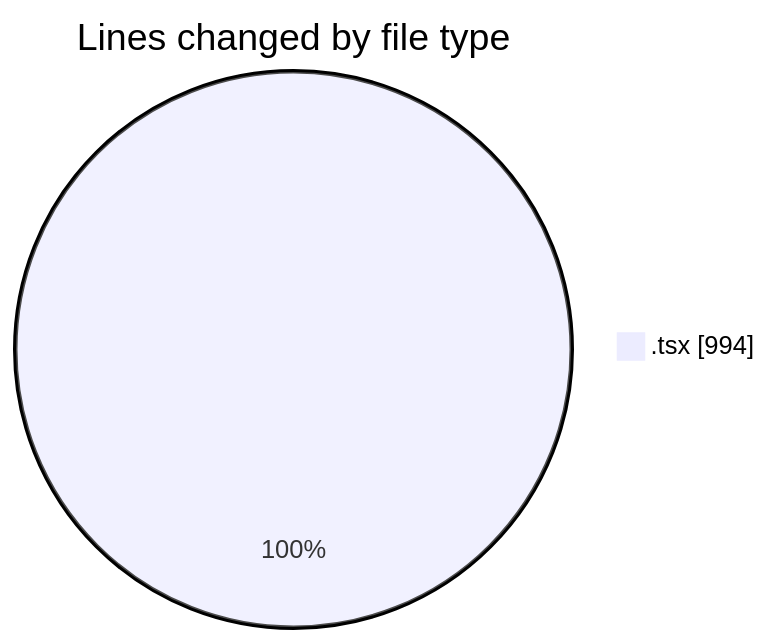
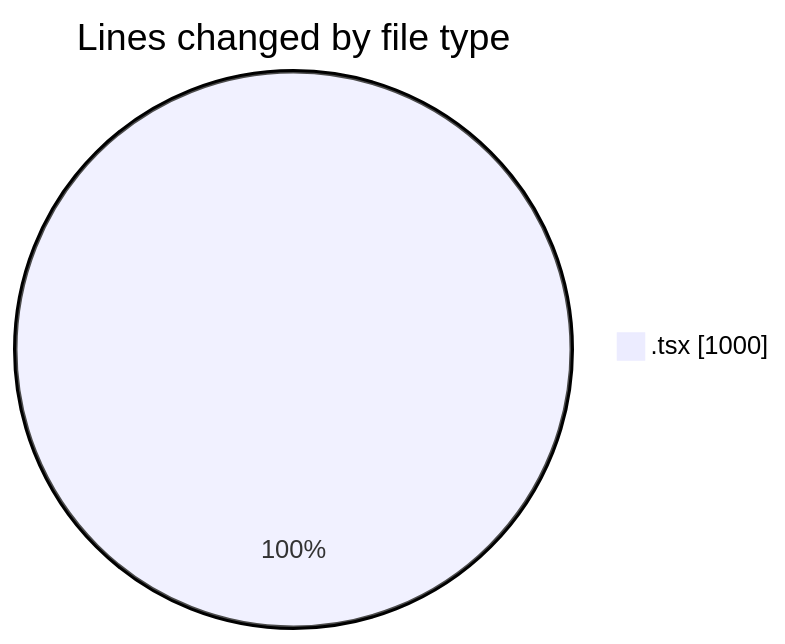
One commit to nxtqubesakshisongat/code-tracking changed the first of 2 diagrams in 2026-06-22/nxtqube_webapp/README.md. Above: the diagram before and after it, drawn with Mermaid. The commit also changed other lines of this file and 1 other file, not shown here.

````diff
--- a/2026-06-22/nxtqube_webapp/README.md
+++ b/2026-06-22/nxtqube_webapp/README.md
@@ -20,5 +20,5 @@
 ```mermaid
 pie showData
 title Lines changed by file type
-".tsx" : 994
+".tsx" : 1000
 ```
````
